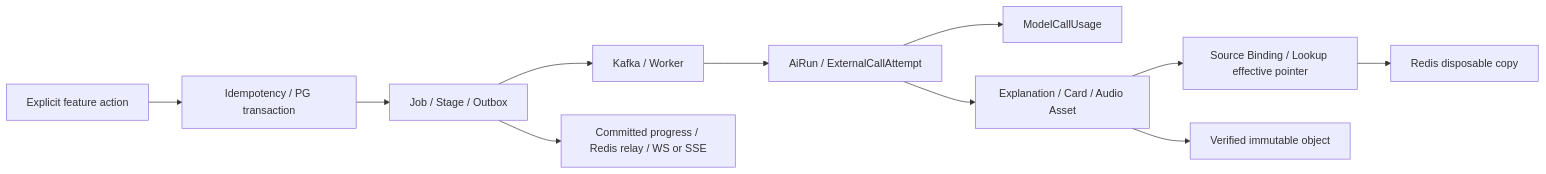
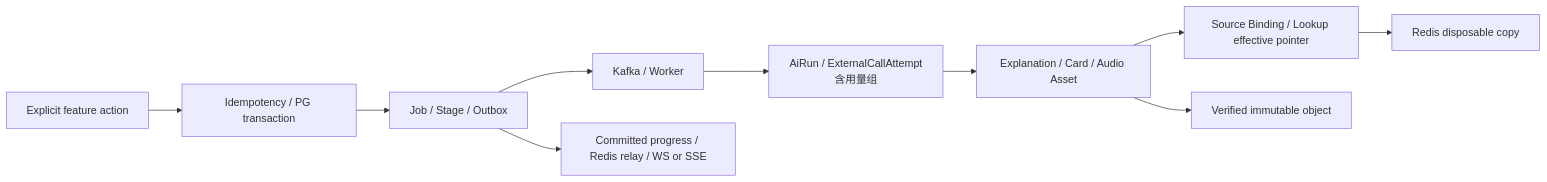
The second of 2 diagrams in docs/architecture/database-design.md (cagayakeKON/haruka_dic), drawn with Mermaid before and after one commit. The commit also changed other lines of this file and 22 other files, not shown here.

```diff
--- a/docs/architecture/database-design.md
+++ b/docs/architecture/database-design.md
@@ -108,13 +111,12 @@
 ~~~mermaid
 flowchart LR
     F[Explicit feature action] --> I[Idempotency / PG transaction]
     I --> J[Job / Stage / Outbox]
     J --> K[Kafka / Worker]
-    K --> RUN[AiRun / ExternalCallAttempt]
-    RUN --> USAGE[ModelCallUsage]
+    K --> RUN[AiRun / ExternalCallAttempt含用量组]
     RUN --> RES[Explanation / Card / Audio Asset]
     RES --> BIND[Source Binding / Lookup effective pointer]
     RES --> OBJ[Verified immutable object]
     BIND --> CACHE[Redis disposable copy]
     J --> EVENT[Committed progress / Redis relay / WS or SSE]
 ~~~
```
